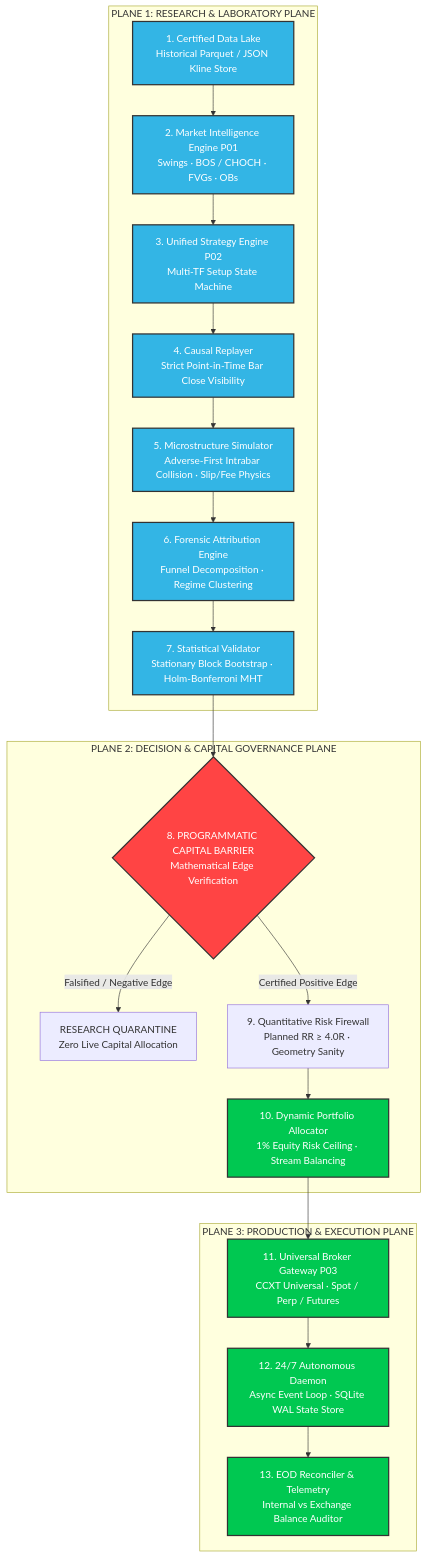
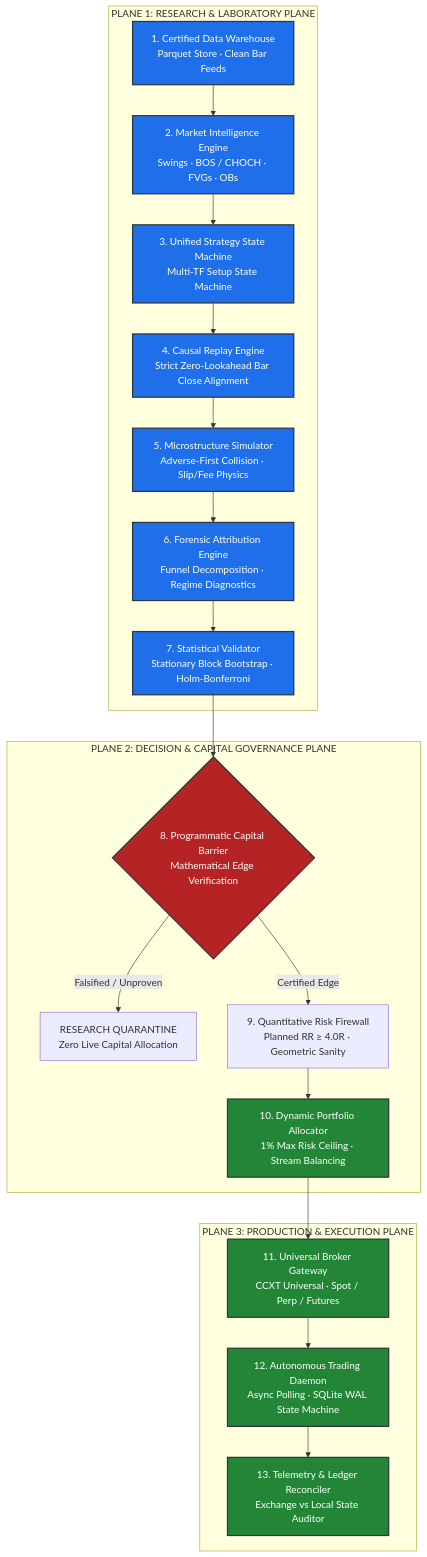
The first of 4 diagrams in README.md (Quantitative-Systems/crypto-platform), drawn with Mermaid before and after one commit. The commit also changed other lines of this file and 9 other files, not shown here.

````diff
--- a/README.md
+++ b/README.md
@@ -68,31 +61,31 @@
 ```mermaid
 flowchart TD
     subgraph Plane1 ["PLANE 1: RESEARCH & LABORATORY PLANE"]
-        L01["1. Certified Data Lake<br/>Historical Parquet / JSON Kline Store"] --> L02["2. Market Intelligence Engine P01<br/>Swings · BOS / CHOCH · FVGs · OBs"]
-        L02 --> L03["3. Unified Strategy Engine P02<br/>Multi-TF Setup State Machine"]
-        L03 --> L04["4. Causal Replayer<br/>Strict Point-in-Time Bar Close Visibility"]
-        L04 --> L05["5. Microstructure Simulator<br/>Adverse-First Intrabar Collision · Slip/Fee Physics"]
-        L05 --> L06["6. Forensic Attribution Engine<br/>Funnel Decomposition · Regime Clustering"]
-        L06 --> L07["7. Statistical Validator<br/>Stationary Block Bootstrap · Holm-Bonferroni MHT"]
+        L01["1. Certified Data Warehouse<br/>Parquet Store · Clean Bar Feeds"] --> L02["2. Market Intelligence Engine<br/>Swings · BOS / CHOCH · FVGs · OBs"]
+        L02 --> L03["3. Unified Strategy State Machine<br/>Multi-TF Setup State Machine"]
+        L03 --> L04["4. Causal Replay Engine<br/>Strict Zero-Lookahead Bar Close Alignment"]
+        L04 --> L05["5. Microstructure Simulator<br/>Adverse-First Collision · Slip/Fee Physics"]
+        L05 --> L06["6. Forensic Attribution Engine<br/>Funnel Decomposition · Regime Diagnostics"]
+        L06 --> L07["7. Statistical Validator<br/>Stationary Block Bootstrap · Holm-Bonferroni"]
     end
 
     subgraph Plane2 ["PLANE 2: DECISION & CAPITAL GOVERNANCE PLANE"]
-        L07 --> CB{"8. PROGRAMMATIC CAPITAL BARRIER<br/>Mathematical Edge Verification"}
-        CB -->|Falsified / Negative Edge| Q["RESEARCH QUARANTINE<br/>Zero Live Capital Allocation"]
-        CB -->|Certified Positive Edge| L09["9. Quantitative Risk Firewall<br/>Planned RR ≥ 4.0R · Geometry Sanity"]
-        L09 --> L10["10. Dynamic Portfolio Allocator<br/>1% Equity Risk Ceiling · Stream Balancing"]
+        L07 --> CB{"8. Programmatic Capital Barrier<br/>Mathematical Edge Verification"}
+        CB -->|Falsified / Unproven| Q["RESEARCH QUARANTINE<br/>Zero Live Capital Allocation"]
+        CB -->|Certified Edge| L09["9. Quantitative Risk Firewall<br/>Planned RR ≥ 4.0R · Geometric Sanity"]
+        L09 --> L10["10. Dynamic Portfolio Allocator<br/>1% Max Risk Ceiling · Stream Balancing"]
     end
 
     subgraph Plane3 ["PLANE 3: PRODUCTION & EXECUTION PLANE"]
-        L10 --> L11["11. Universal Broker Gateway P03<br/>CCXT Universal · Spot / Perp / Futures"]
-        L11 --> L12["12. 24/7 Autonomous Daemon<br/>Async Event Loop · SQLite WAL State Store"]
-        L12 --> L13["13. EOD Reconciler & Telemetry<br/>Internal vs Exchange Balance Auditor"]
+        L10 --> L11["11. Universal Broker Gateway<br/>CCXT Universal · Spot / Perp / Futures"]
+        L11 --> L12["12. Autonomous Trading Daemon<br/>Async Polling · SQLite WAL State Machine"]
+        L12 --> L13["13. Telemetry & Ledger Reconciler<br/>Exchange vs Local State Auditor"]
     end
 
-    classDef barrier fill:#ff4444,stroke:#333,stroke-width:2px,color:#fff;
-    classDef approved fill:#00C851,stroke:#333,stroke-width:2px,color:#fff;
-    classDef research fill:#33b5e5,stroke:#333,stroke-width:2px,color:#fff;
+    classDef barrier fill:#b62324,stroke:#30363d,stroke-width:2px,color:#fff;
+    classDef approved fill:#238636,stroke:#30363d,stroke-width:2px,color:#fff;
+    classDef research fill:#1f6feb,stroke:#30363d,stroke-width:2px,color:#fff;
     class CB barrier;
     class L10,L11,L12,L13 approved;
     class L01,L02,L03,L04,L05,L06,L07 research;
 ```
````
